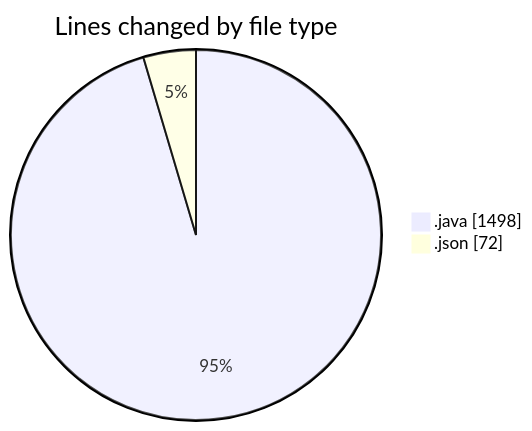
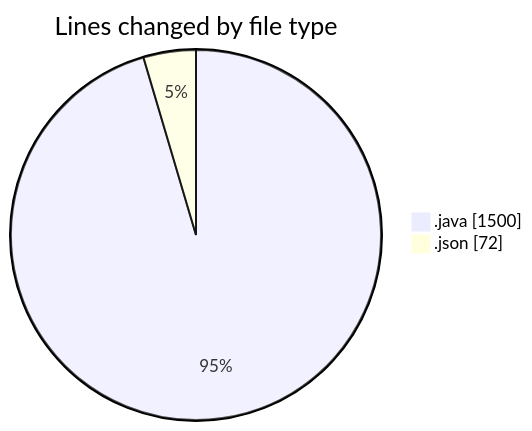
One commit to charlie-sans/code-tracking changed the first of 2 diagrams in 2025-02-22/micros/README.md. Above: the diagram before and after it, drawn with Mermaid. The commit also changed other lines of this file and 1 other file, not shown here.

````diff
--- a/2025-02-22/micros/README.md
+++ b/2025-02-22/micros/README.md
@@ -26,6 +26,6 @@
 ```mermaid
 pie showData
 title Lines changed by file type
-".java" : 1498
+".java" : 1500
 ".json" : 72
 ```
````
